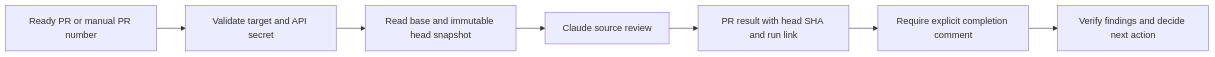
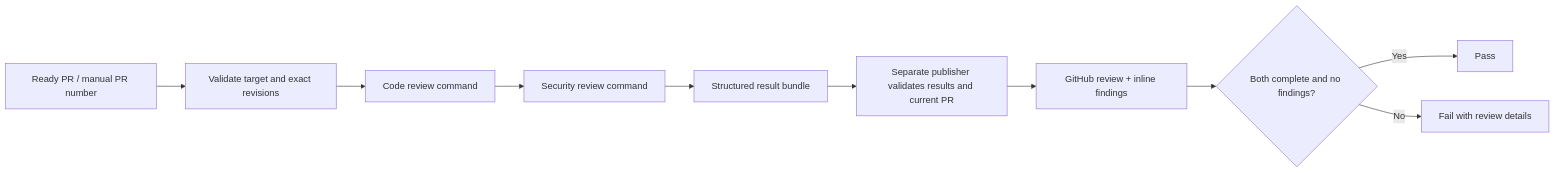
The diagram in docs/development/claude-review.md (deep-chokshi/cloakmill), drawn with Mermaid before and after one commit. The commit also changed other lines of this file and 7 other files, not shown here.

Commit message:
fix: publish structured Claude code and security reviews

````diff
--- a/docs/development/claude-review.md
+++ b/docs/development/claude-review.md
@@ -27,9 +14,12 @@
 ```mermaid
 flowchart LR
-    PR[Ready PR or manual PR number] --> Check[Validate target and API secret]
-    Check --> Source[Read base and immutable head snapshot]
-    Source --> Claude[Claude source review]
-    Claude --> Comment[PR result with head SHA and run link]
-    Comment --> Verify[Require explicit completion comment]
-    Verify --> Human[Verify findings and decide next action]
+    PR[Ready PR / manual PR number] --> Target[Validate target and exact revisions]
+    Target --> C[Code review command]
+    C --> S[Security review command]
+    S --> JSON[Structured result bundle]
+    JSON --> Validate[Separate publisher validates results and current PR]
+    Validate --> Review[GitHub review + inline findings]
+    Review --> Gate{Both complete and no findings?}
+    Gate -->|Yes| Pass[Pass]
+    Gate -->|No| Fail[Fail with review details]
 ```
````
